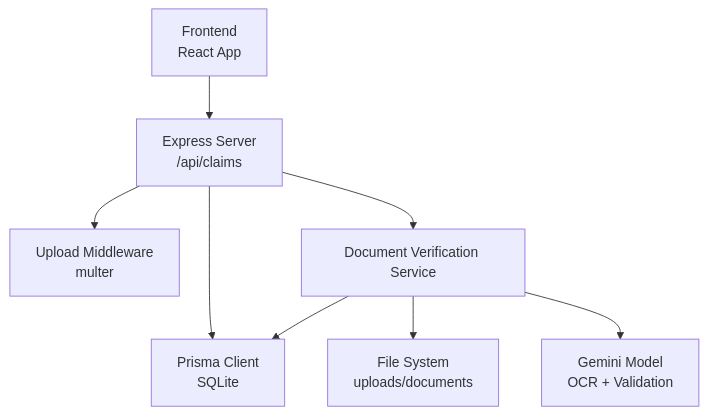
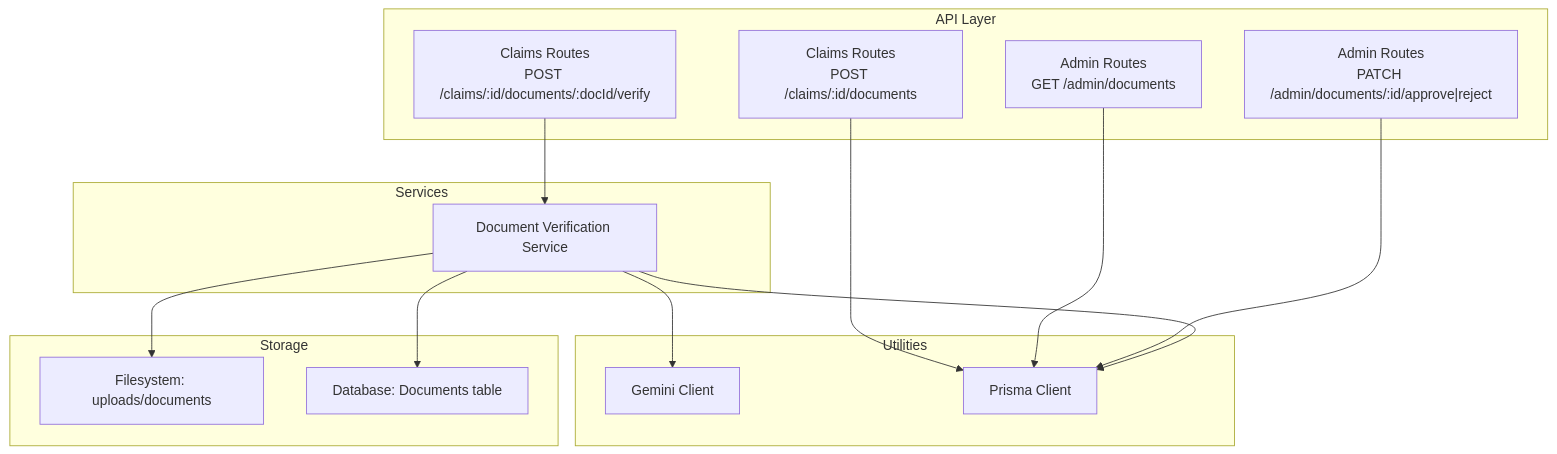
The first of 5 diagrams in .qoder/repowiki/en/content/AI Services Integration/Document Verification Service.md (NaveenHiranya/Smart-Vehicle-Insurance-Claim-System), drawn with Mermaid before and after one commit. The commit also changed other lines of this file and 183 other files, not shown here.

````diff
--- a/.qoder/repowiki/en/content/AI Services Integration/Document Verification Service.md
+++ b/.qoder/repowiki/en/content/AI Services Integration/Document Verification Service.md
@@ -33,10 +32,28 @@
 ```mermaid
 graph TB
-FE["Frontend<br/>React App"] --> API["Express Server<br/>/api/claims"]
-API --> UploadMW["Upload Middleware<br/>multer"]
-API --> DB["Prisma Client<br/>SQLite"]
-API --> DVS["Document Verification Service"]
-DVS --> FS["File System<br/>uploads/documents"]
-DVS --> AI["Gemini Model<br/>OCR + Validation"]
-DVS --> DB
+subgraph "API Layer"
+R1["Claims Routes<br/>POST /claims/:id/documents"]
+R2["Claims Routes<br/>POST /claims/:id/documents/:docId/verify"]
+R3["Admin Routes<br/>GET /admin/documents"]
+R4["Admin Routes<br/>PATCH /admin/documents/:id/approve|reject"]
+end
+subgraph "Services"
+S1["Document Verification Service"]
+end
+subgraph "Utilities"
+U1["Gemini Client"]
+U2["Prisma Client"]
+end
+subgraph "Storage"
+F1["Filesystem: uploads/documents"]
+D1["Database: Documents table"]
+end
+R1 --> U2
+R2 --> S1
+R3 --> U2
+R4 --> U2
+S1 --> U1
+S1 --> U2
+S1 --> F1
+S1 --> D1
 ```
````
